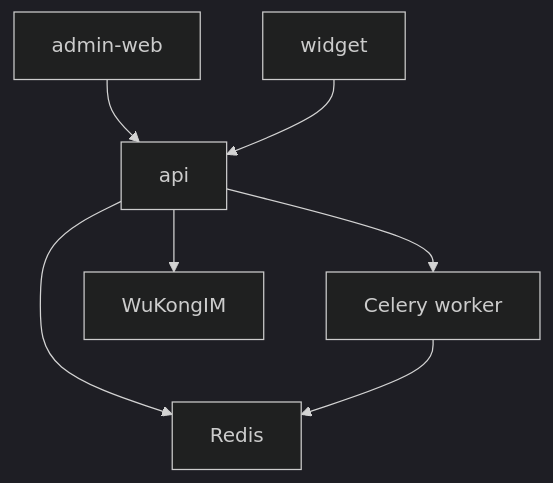
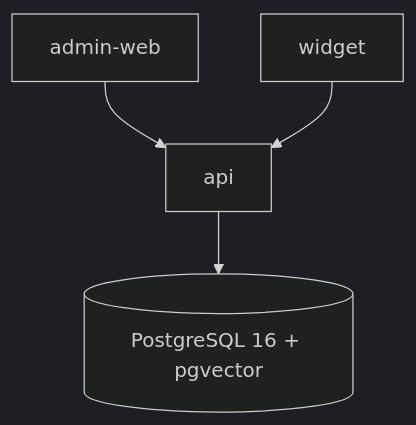
One commit to coder-aadii/MultiAgents-Customer-Support-System changed the diagram in AGENTS.md. Above: the diagram before and after it, drawn with Mermaid (dark theme). The commit also changed other lines of this file and 4 other files, not shown here.

First line of the commit message:
phase-0: complete target architecture reconciliation and foundation baseline

````diff
--- a/AGENTS.md
+++ b/AGENTS.md
@@ -27,9 +27,6 @@
 ```mermaid
 graph TB
   WEB[admin-web] --> API[api]
   WIDGET[widget] --> API
-  API --> REDIS[Redis]
-  API --> TASKS[Celery worker]
-  TASKS --> REDIS
-  API --> IM[WuKongIM]
+  API --> DB[(PostgreSQL 16 + pgvector)]
 ```
````
